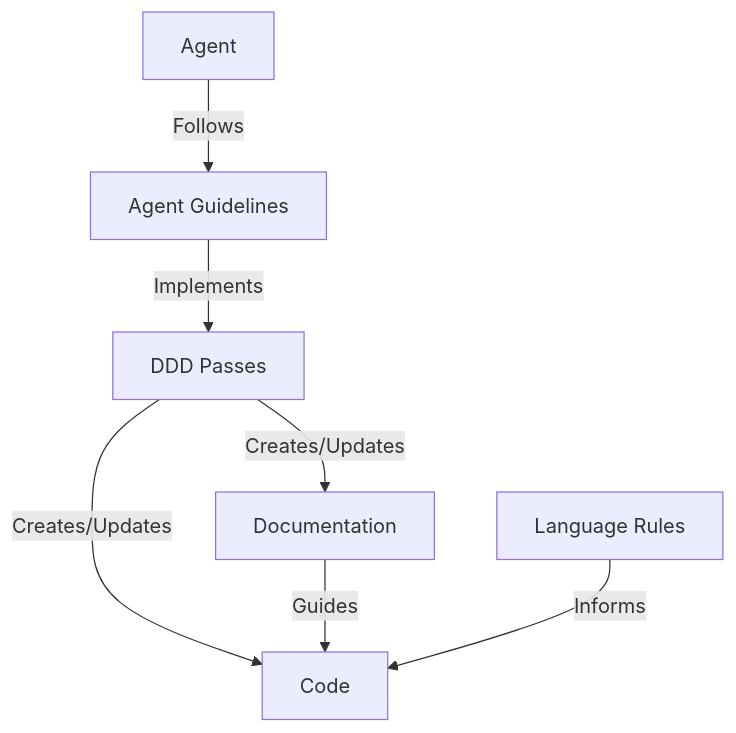
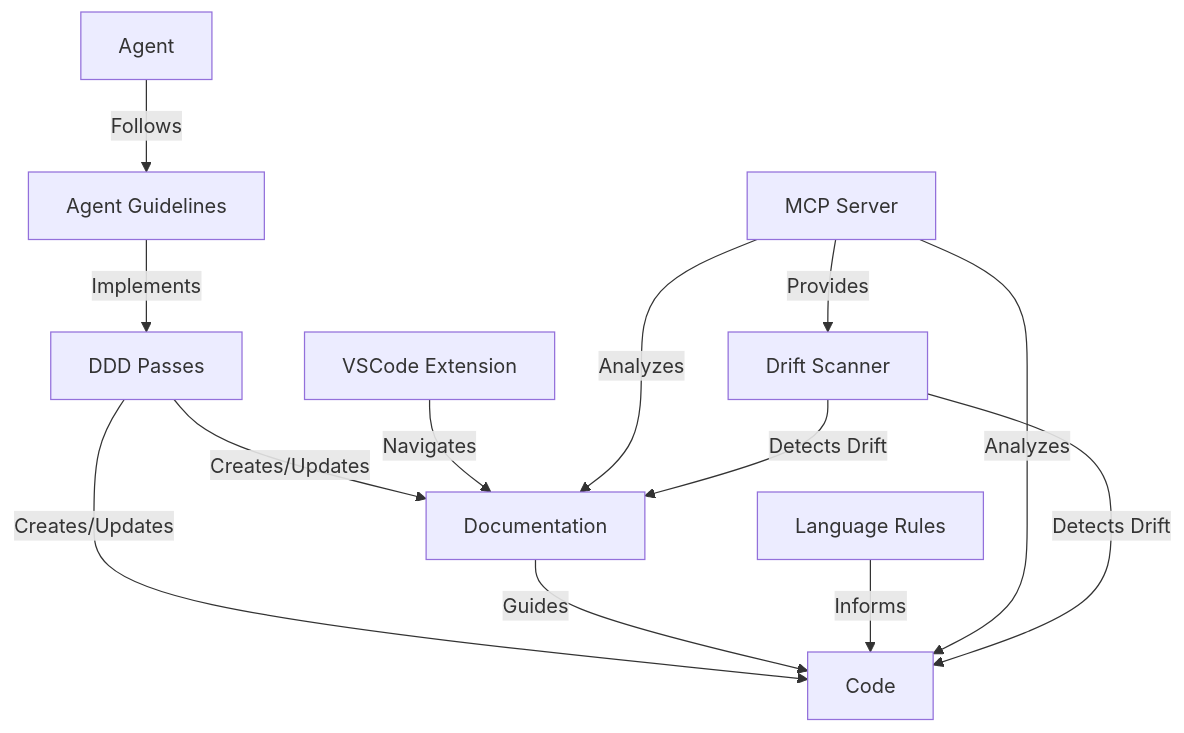
The first of 8 diagrams in docs/HIGH-LEVEL-DESIGN.md (ningsuhen/agent3d), drawn with Mermaid before and after one commit. The commit also changed other lines of this file and 3 other files, not shown here.

````diff
--- a/docs/HIGH-LEVEL-DESIGN.md
+++ b/docs/HIGH-LEVEL-DESIGN.md
@@ -9,9 +9,15 @@
 ```mermaid
 graph TD
     A[Agent] -->|Follows| B[Agent Guidelines]
     B -->|Implements| C[DDD Passes]
     C -->|Creates/Updates| D[Documentation]
     C -->|Creates/Updates| E[Code]
     D -->|Guides| E
     F[Language Rules] -->|Informs| E
+    G[VSCode Extension] -->|Navigates| D
+    H[MCP Server] -->|Analyzes| D
+    H -->|Analyzes| E
+    I[Drift Scanner] -->|Detects Drift| D
+    I -->|Detects Drift| E
+    H -->|Provides| I
 ```
````
